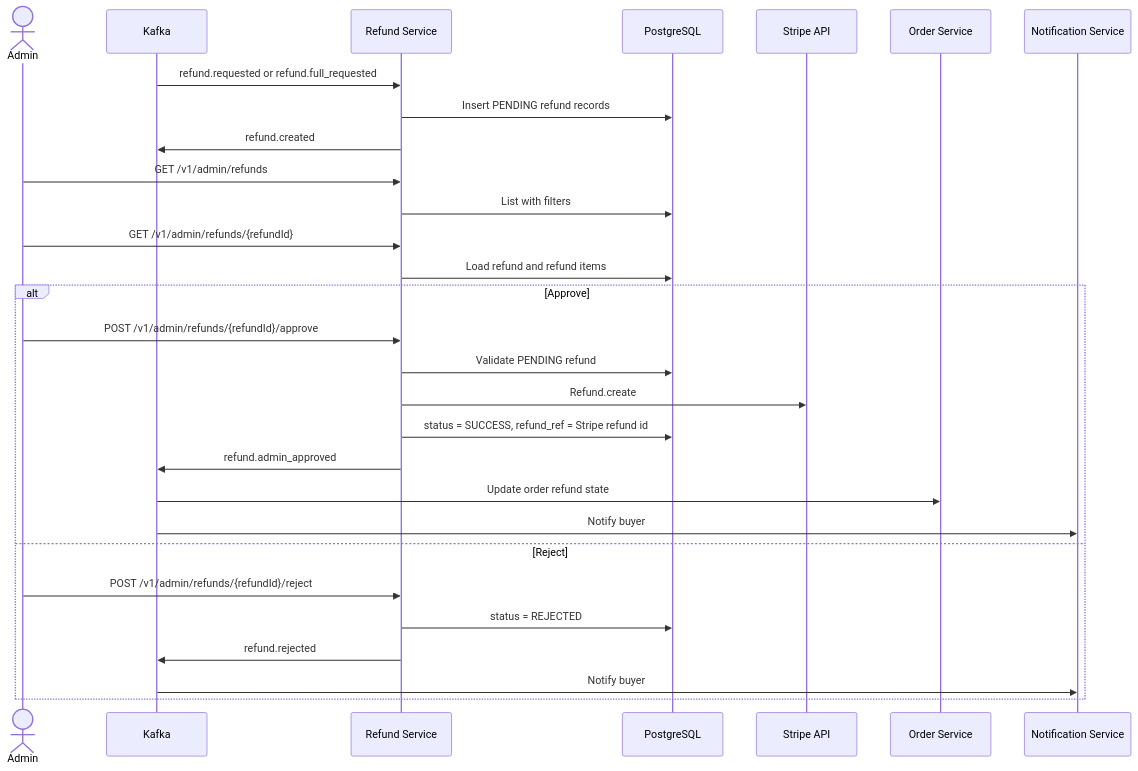
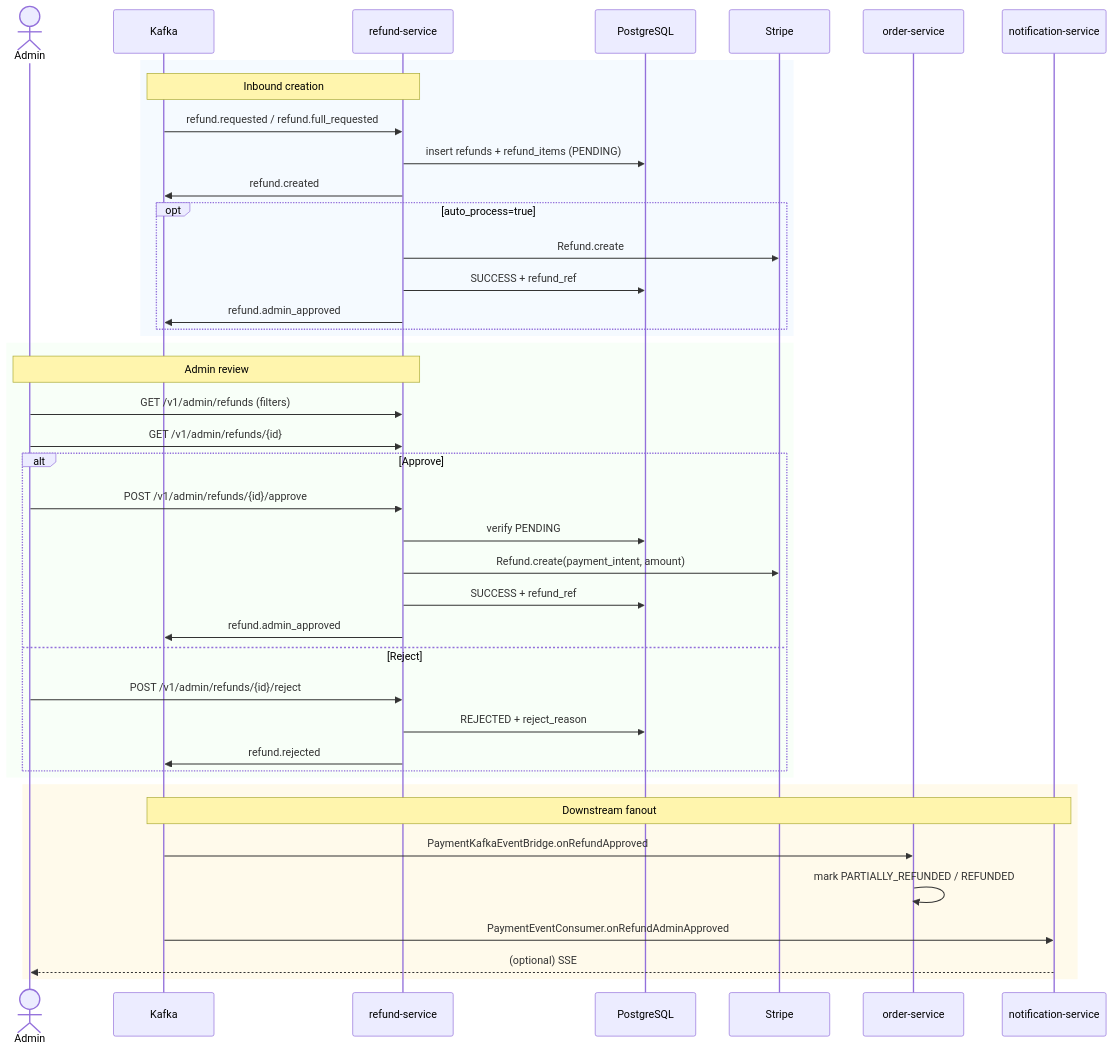
The first of 2 diagrams in documents/flows/refund-service/flow-refund-admin-review.md (ldqanh1408/stealing-from-paradise), drawn with Mermaid before and after one commit. The commit also changed other lines of this file and 48 other files, not shown here.

````diff
--- a/documents/flows/refund-service/flow-refund-admin-review.md
+++ b/documents/flows/refund-service/flow-refund-admin-review.md
@@ -14,34 +36,47 @@
 ```mermaid
 sequenceDiagram
     actor Admin
-    participant Kafka as Kafka
-    participant Refund as Refund Service
+    participant K as Kafka
+    participant RF as refund-service
     participant DB as PostgreSQL
-    participant Stripe as Stripe API
-    participant Order as Order Service
-    participant Notif as Notification Service
+    participant STR as Stripe
+    participant OR as order-service
+    participant NT as notification-service
 
-    Kafka->>Refund: refund.requested or refund.full_requested
-    Refund->>DB: Insert PENDING refund records
-    Refund->>Kafka: refund.created
+    rect rgb(245,250,255)
+    Note over K,RF: Inbound creation
+    K->>RF: refund.requested / refund.full_requested
+    RF->>DB: insert refunds + refund_items (PENDING)
+    RF->>K: refund.created
+    opt auto_process=true
+        RF->>STR: Refund.create
+        RF->>DB: SUCCESS + refund_ref
+        RF->>K: refund.admin_approved
+    end
+    end
 
-    Admin->>Refund: GET /v1/admin/refunds
-    Refund->>DB: List with filters
-    Admin->>Refund: GET /v1/admin/refunds/{refundId}
-    Refund->>DB: Load refund and refund items
+    rect rgb(248,255,248)
+    Note over Admin,RF: Admin review
+    Admin->>RF: GET /v1/admin/refunds (filters)
+    Admin->>RF: GET /v1/admin/refunds/{id}
+    alt Approve
+        Admin->>RF: POST /v1/admin/refunds/{id}/approve
+        RF->>DB: verify PENDING
+        RF->>STR: Refund.create(payment_intent, amount)
+        RF->>DB: SUCCESS + refund_ref
+        RF->>K: refund.admin_approved
+    else Reject
+        Admin->>RF: POST /v1/admin/refunds/{id}/reject
+        RF->>DB: REJECTED + reject_reason
+        RF->>K: refund.rejected
+    end
+    end
 
-    alt Approve
-        Admin->>Refund: POST /v1/admin/refunds/{refundId}/approve
-        Refund->>DB: Validate PENDING refund
-        Refund->>Stripe: Refund.create
-        Refund->>DB: status = SUCCESS, refund_ref = Stripe refund id
-        Refund->>Kafka: refund.admin_approved
-        Kafka->>Order: Update order refund state
-        Kafka->>Notif: Notify buyer
-    else Reject
-        Admin->>Refund: POST /v1/admin/refunds/{refundId}/reject
-        Refund->>DB: status = REJECTED
-        Refund->>Kafka: refund.rejected
-        Kafka->>Notif: Notify buyer
+    rect rgb(255,250,235)
+    Note over K,NT: Downstream fanout
+    K->>OR: PaymentKafkaEventBridge.onRefundApproved
+    OR->>OR: mark PARTIALLY_REFUNDED / REFUNDED
+    K->>NT: PaymentEventConsumer.onRefundAdminApproved
+    NT-->>Admin: (optional) SSE
     end
 ```
````
